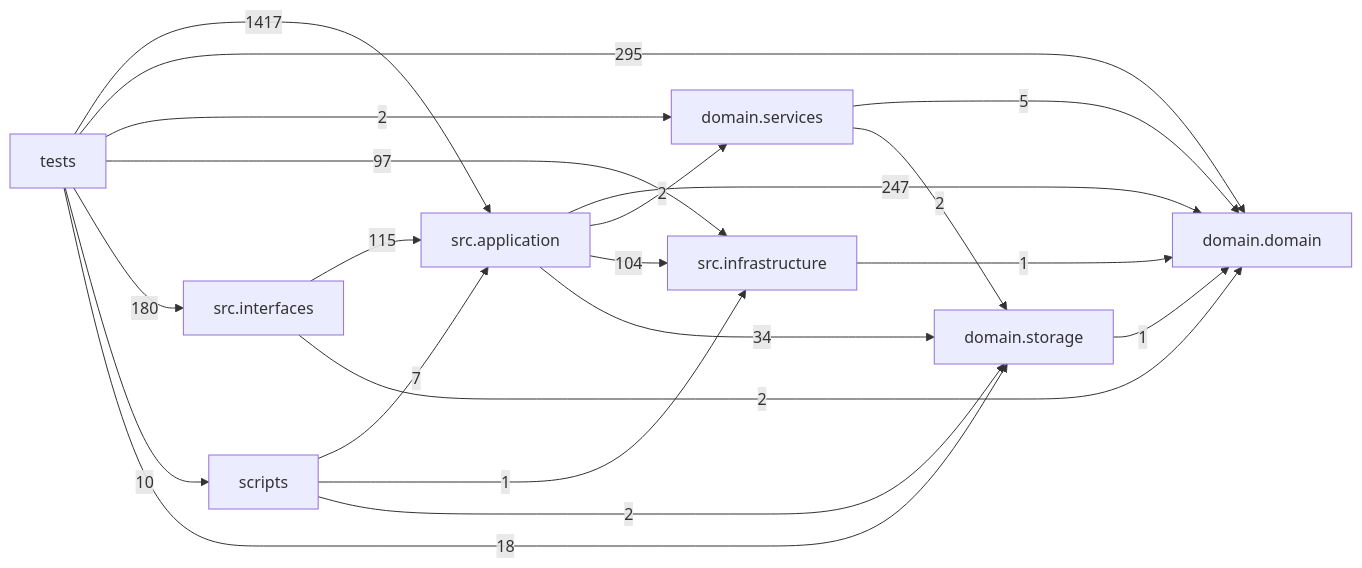
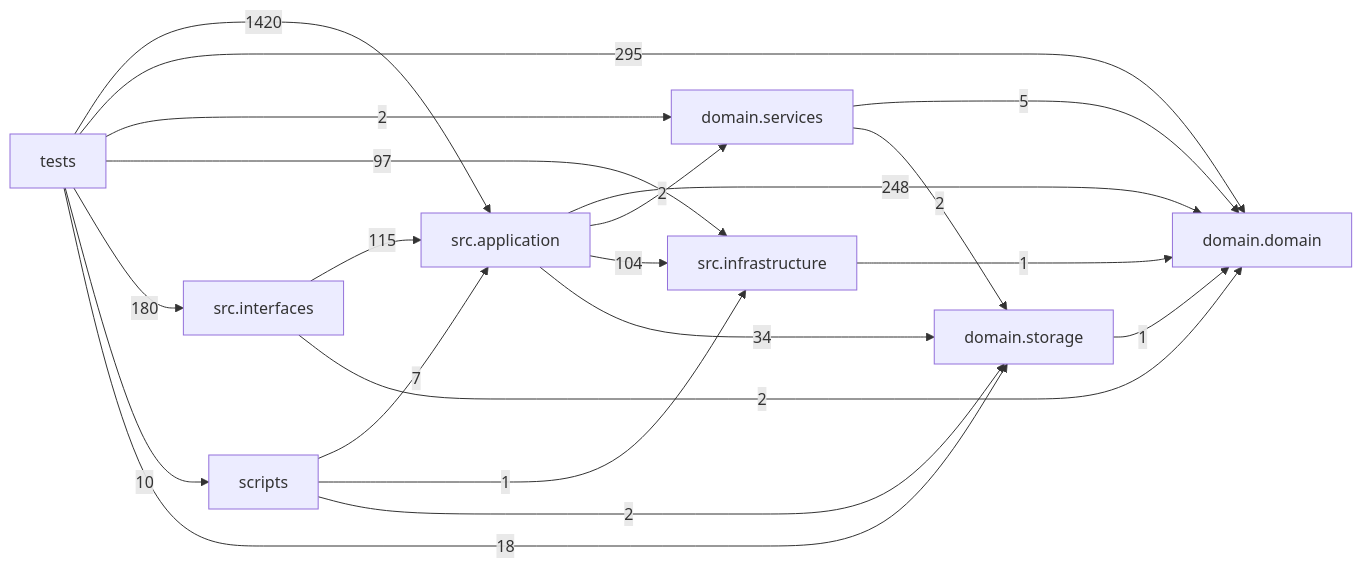
One commit to liuxie066/options-monitor changed the diagram in docs/DEPENDENCY_GRAPH.md. Above: the diagram before and after it, drawn with Mermaid. The commit also changed other lines of this file and 10 other files, not shown here.

````diff
--- a/docs/DEPENDENCY_GRAPH.md
+++ b/docs/DEPENDENCY_GRAPH.md
@@ -24,31 +24,31 @@
 ```mermaid
 flowchart LR
   tests["tests"]
   scripts["scripts"]
   interfaces["src.interfaces"]
   application["src.application"]
   infrastructure["src.infrastructure"]
   domain_services["domain.services"]
   domain["domain.domain"]
   storage["domain.storage"]
-  application -->|247| domain
+  application -->|248| domain
   application -->|2| domain_services
   application -->|104| infrastructure
   application -->|34| storage
   domain_services -->|5| domain
   domain_services -->|2| storage
   infrastructure -->|1| domain
   interfaces -->|115| application
   interfaces -->|2| domain
   scripts -->|7| application
   scripts -->|1| infrastructure
   scripts -->|2| storage
   storage -->|1| domain
-  tests -->|1417| application
+  tests -->|1420| application
   tests -->|295| domain
   tests -->|2| domain_services
   tests -->|97| infrastructure
   tests -->|180| interfaces
   tests -->|10| scripts
   tests -->|18| storage
 ```
````
